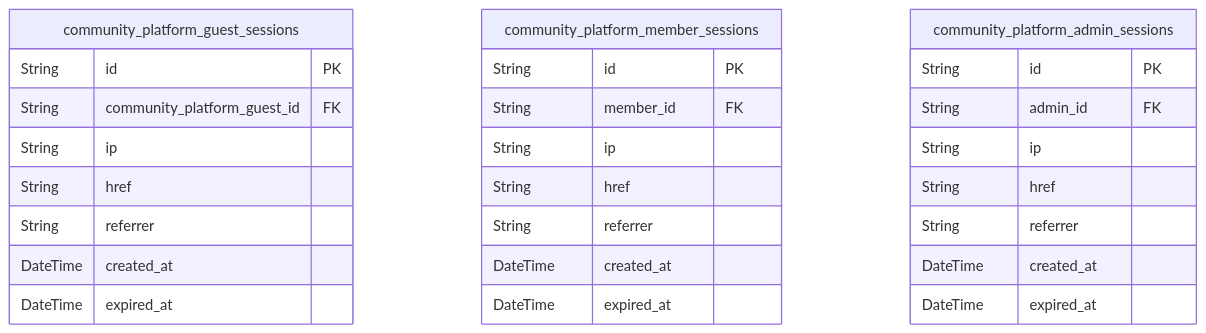
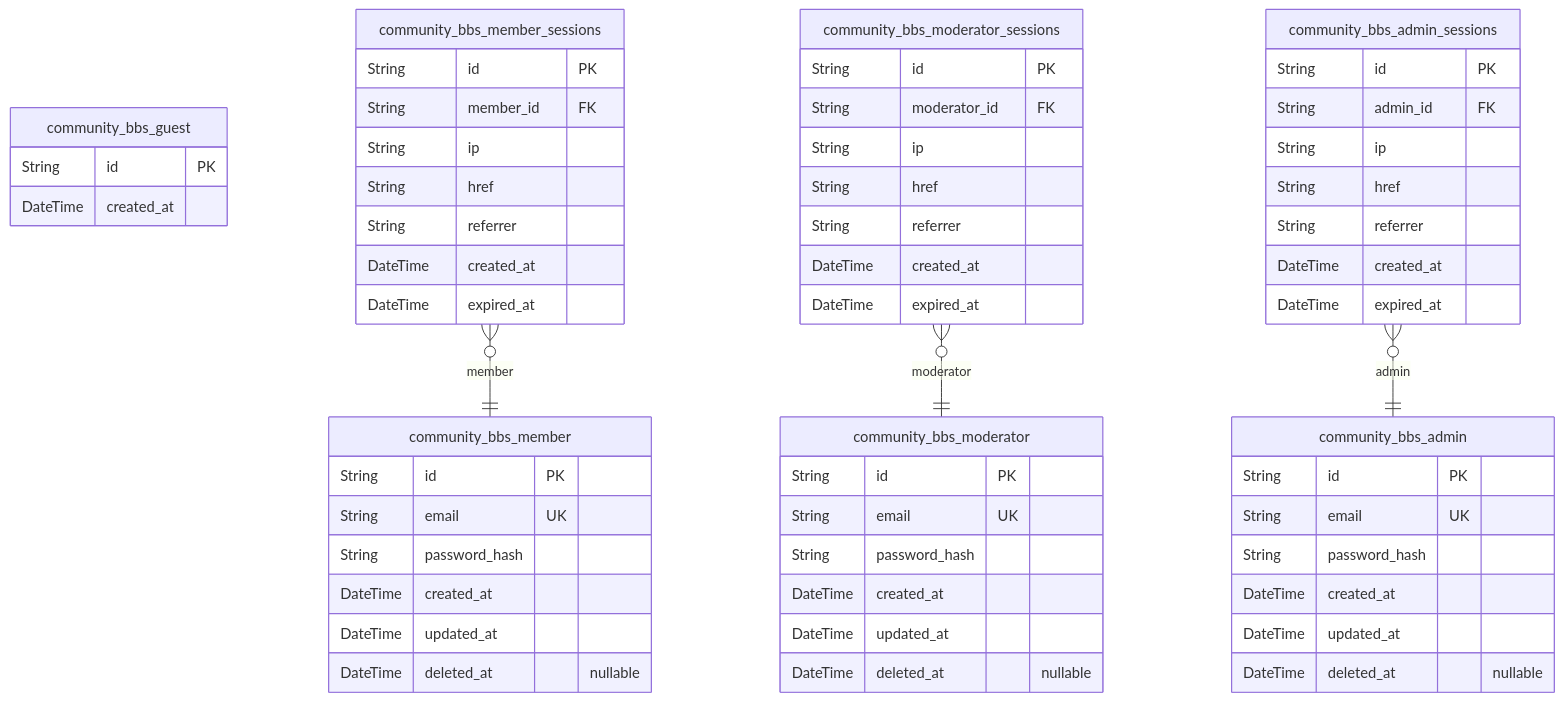
The second of 10 diagrams in qwen/qwen3-next-80b-a3b-instruct/reddit/docs/ERD.md (wrtnlabs/autobe-examples), drawn with Mermaid before and after one commit. The commit also changed other lines of this file and 4047 other files, not shown here.

````diff
--- a/qwen/qwen3-next-80b-a3b-instruct/reddit/docs/ERD.md
+++ b/qwen/qwen3-next-80b-a3b-instruct/reddit/docs/ERD.md
@@ -414,30 +200,61 @@
 ```mermaid
 erDiagram
-"community_platform_guest_sessions" {
+"community_bbs_guest" {
   String id PK
-  String community_platform_guest_id FK
-  String ip
-  String href
-  String referrer
   DateTime created_at
-  DateTime expired_at
 }
-"community_platform_member_sessions" {
+"community_bbs_member" {
+  String id PK
+  String email UK
+  String password_hash
+  DateTime created_at
+  DateTime updated_at
+  DateTime deleted_at "nullable"
+}
+"community_bbs_moderator" {
+  String id PK
+  String email UK
+  String password_hash
+  DateTime created_at
+  DateTime updated_at
+  DateTime deleted_at "nullable"
+}
+"community_bbs_admin" {
+  String id PK
+  String email UK
+  String password_hash
+  DateTime created_at
+  DateTime updated_at
+  DateTime deleted_at "nullable"
+}
+"community_bbs_member_sessions" {
   String id PK
   String member_id FK
   String ip
   String href
   String referrer
   DateTime created_at
   DateTime expired_at
 }
-"community_platform_admin_sessions" {
+"community_bbs_moderator_sessions" {
+  String id PK
+  String moderator_id FK
+  String ip
+  String href
+  String referrer
+  DateTime created_at
+  DateTime expired_at
+}
+"community_bbs_admin_sessions" {
   String id PK
   String admin_id FK
   String ip
   String href
   String referrer
   DateTime created_at
   DateTime expired_at
 }
+"community_bbs_member_sessions" }o--|| "community_bbs_member" : member
+"community_bbs_moderator_sessions" }o--|| "community_bbs_moderator" : moderator
+"community_bbs_admin_sessions" }o--|| "community_bbs_admin" : admin
 ```
````
